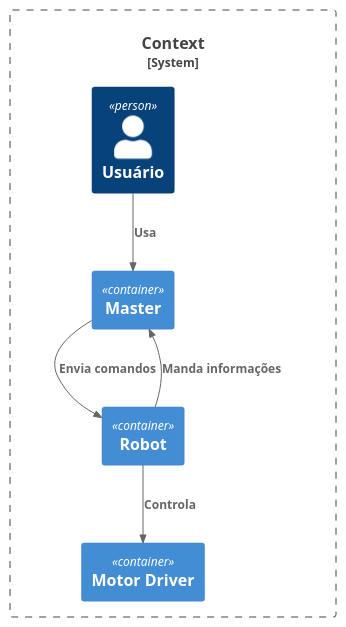
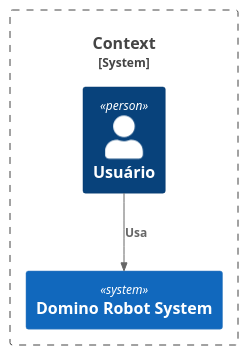
Before and after one commit to Populim/swarchitecure: the diagram in context.puml, drawn with PlantUML. The commit also changed 1 other file, not shown here.

Commit message:
fixed context diagram and created container diagram

```diff
--- a/context.puml
+++ b/context.puml
@@ -1,18 +1,13 @@
 @startuml C4_Elements
-!include https://raw.githubusercontent.com/plantuml-stdlib/C4-PlantUML/master/C4_Container.puml
-
+!include https://raw.githubusercontent.com/plantuml-stdlib/C4-PlantUML/master/C4_Context.puml
 
 System_Boundary(context,"Context"){
     
     Person(user1,"Usuário")
-    Container(master1,"Master")
-    Container(robot1,"Robot")
-    Container(motordriver1,"Motor Driver")
+    System(dominoRobot,"Domino Robot System")
 
-    Rel(user1,master1,"Usa")
-    Rel(master1,robot1,"Envia comandos")
-    Rel(robot1,master1,"Manda informações")
-    Rel(robot1,motordriver1,"Controla")
+    Rel(user1,dominoRobot,"Usa")
+
 }
 
 @enduml
```
